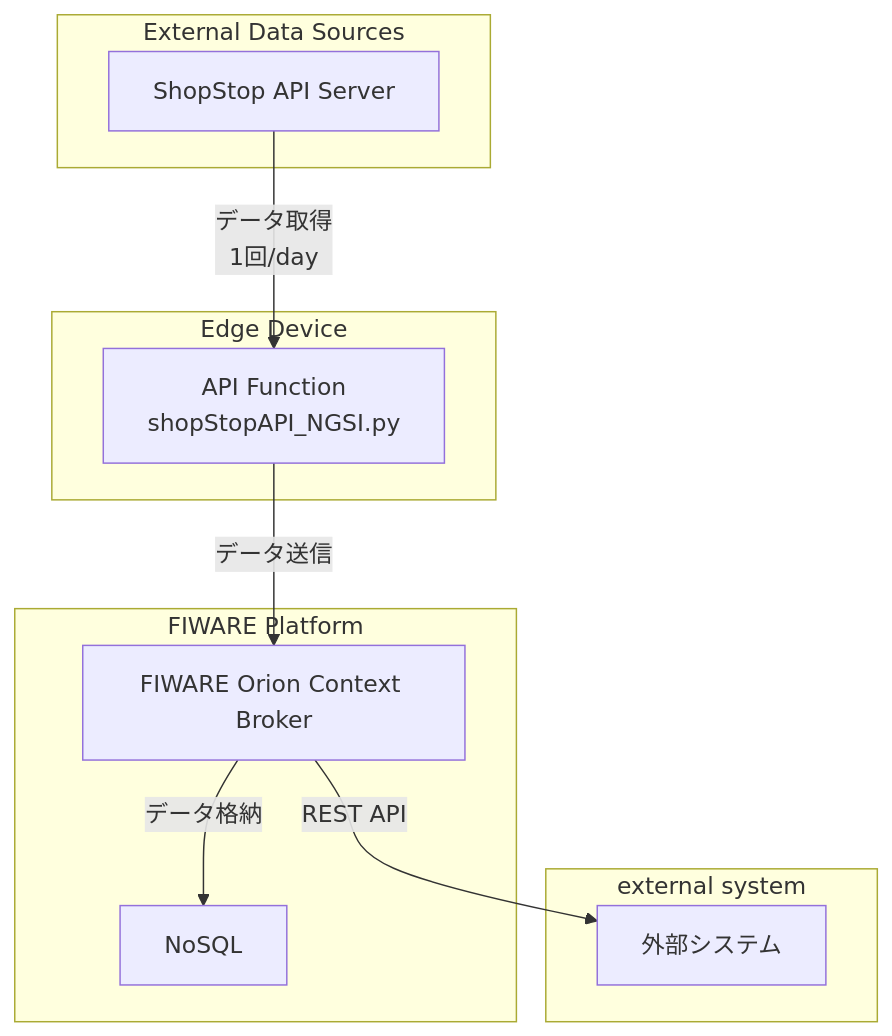
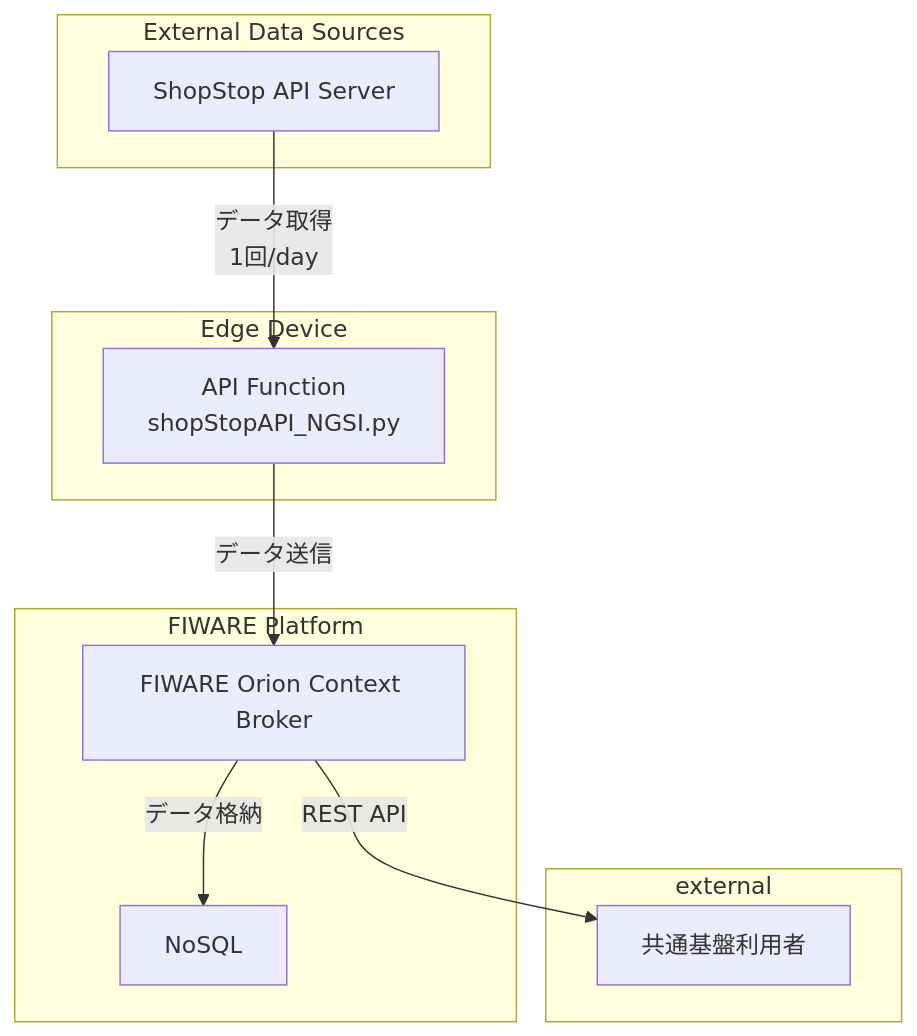
One commit to elnas0311/FDC changed the diagram in architecture.md. Above: the diagram before and after it, drawn with Mermaid.

Commit message:
外部システムの表記を共通基盤利用者に更新

````diff
--- a/architecture.md
+++ b/architecture.md
@@ -1,28 +1,28 @@
 ```mermaid
 
 graph TD
     A[ShopStop API Server] -->|データ取得<br>1回/day| B[API Function<br>shopStopAPI_NGSI.py]
     B -->|データ送信| D[FIWARE Orion Context Broker]
     D -->|データ格納| E[NoSQL]
-    D -->|REST API| G[外部システム]
+    D -->|REST API| G[共通基盤利用者]
 
     subgraph Edge Device
         B
     end
 
     subgraph FIWARE Platform
         D
         E
     end
 
     subgraph External Data Sources
         A
     end
 
-    subgraph external system
+    subgraph external
         G
     end
     
 
 
 ```
````
